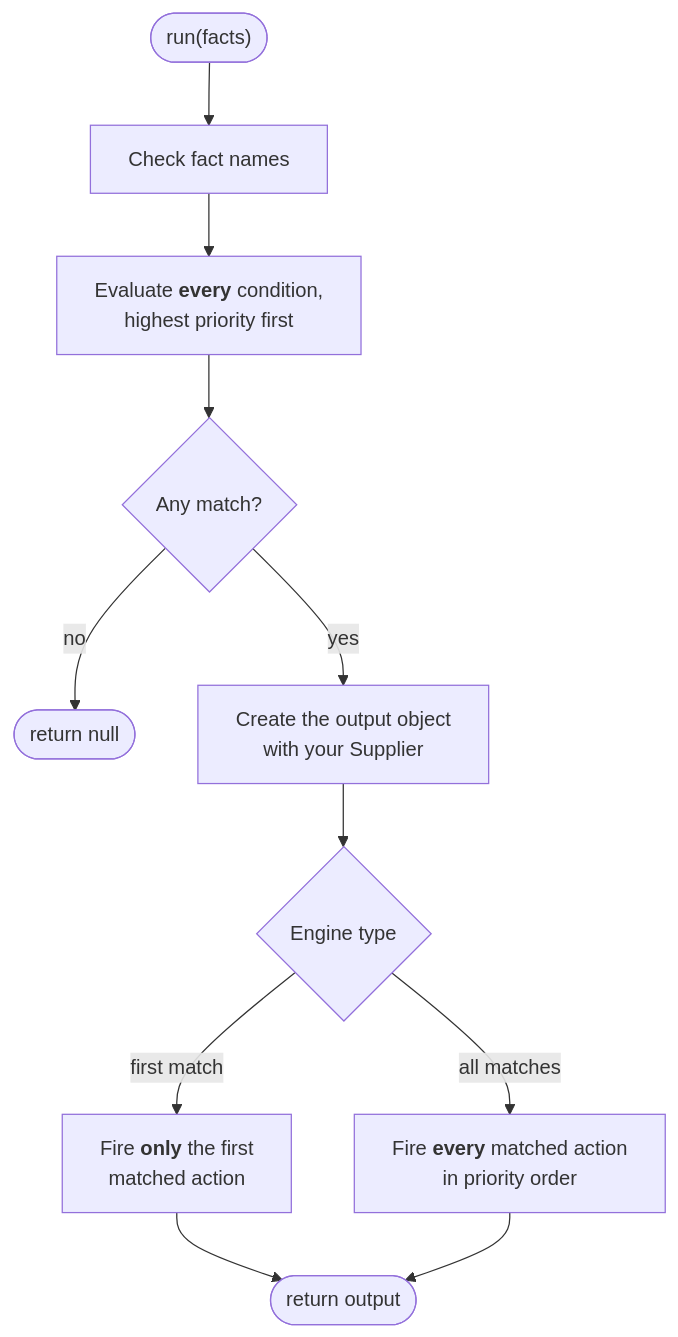
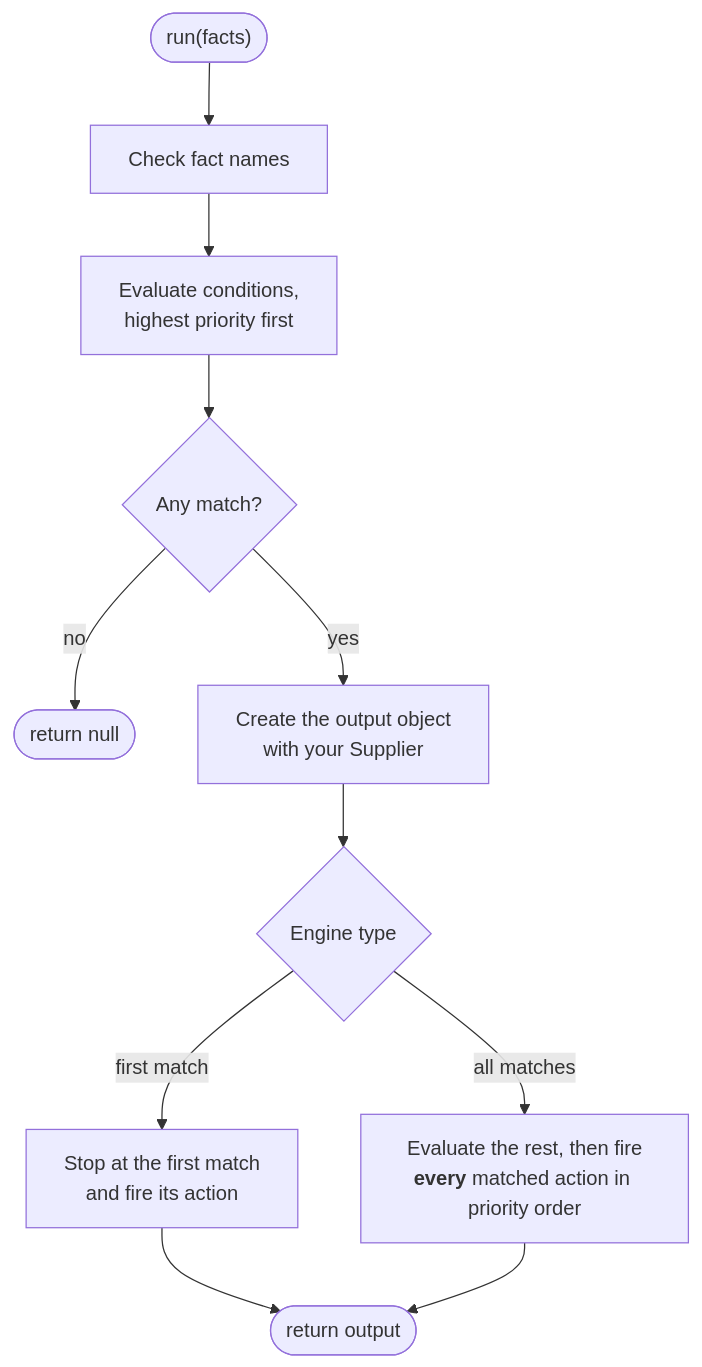
Before and after one commit to brantunger/unruly-engine: the second of 2 diagrams in README.md, drawn with Mermaid. The commit also changed other lines of this file and 6 other files, not shown here.

Commit message:
feat!: stop a first-match engine at the first matching condition (#327)

````diff
--- a/README.md
+++ b/README.md
@@ -199,13 +199,13 @@
 ```mermaid
 flowchart TD
     A(["run(facts)"]) --> B["Check fact names"]
-    B --> C["Evaluate <b>every</b> condition,<br/>highest priority first"]
+    B --> C["Evaluate conditions,<br/>highest priority first"]
     C --> D{"Any match?"}
     D -- no --> N(["return null"])
     D -- yes --> E["Create the output object<br/>with your Supplier"]
     E --> F{"Engine type"}
-    F -- first match --> G["Fire <b>only</b> the first<br/>matched action"]
-    F -- all matches --> H["Fire <b>every</b> matched action<br/>in priority order"]
+    F -- first match --> G["Stop at the first match<br/>and fire its action"]
+    F -- all matches --> H["Evaluate the rest, then fire<br/><b>every</b> matched action in priority order"]
     G --> R(["return output"])
     H --> R
 ```
````
